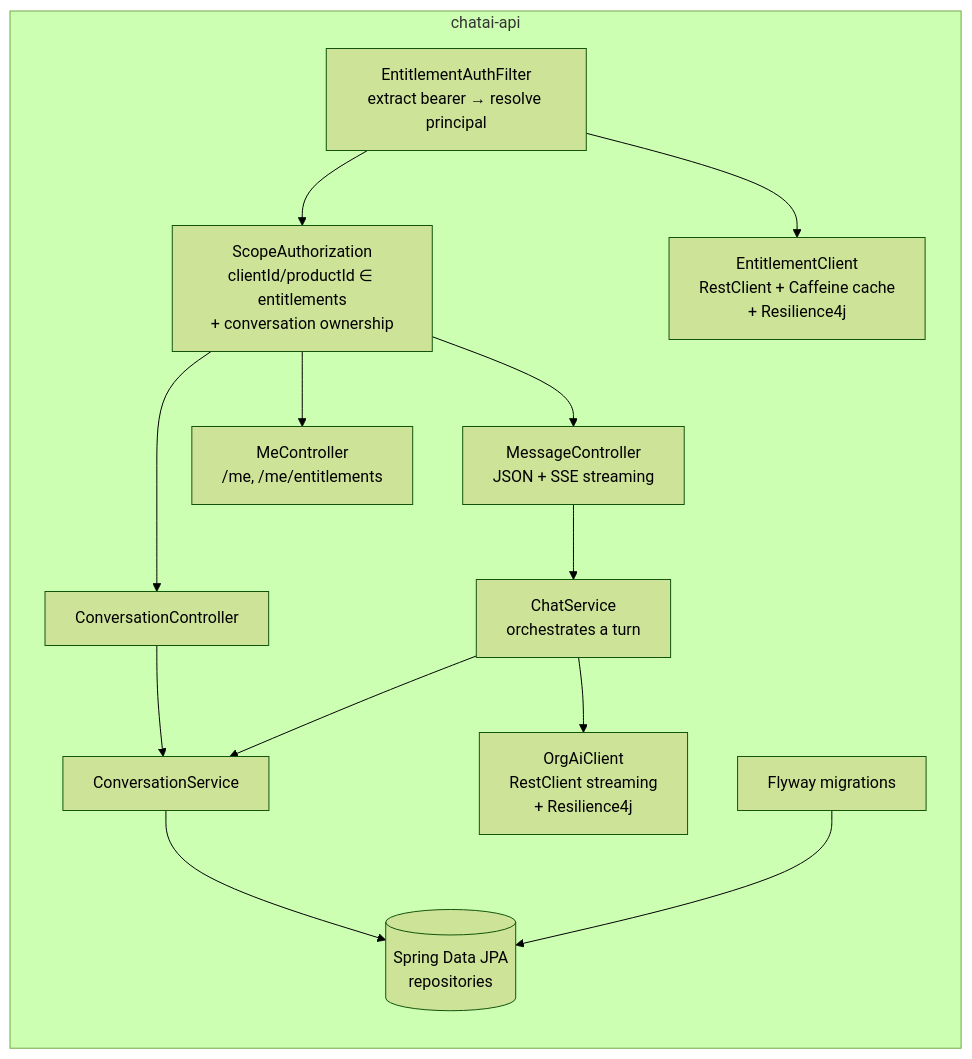
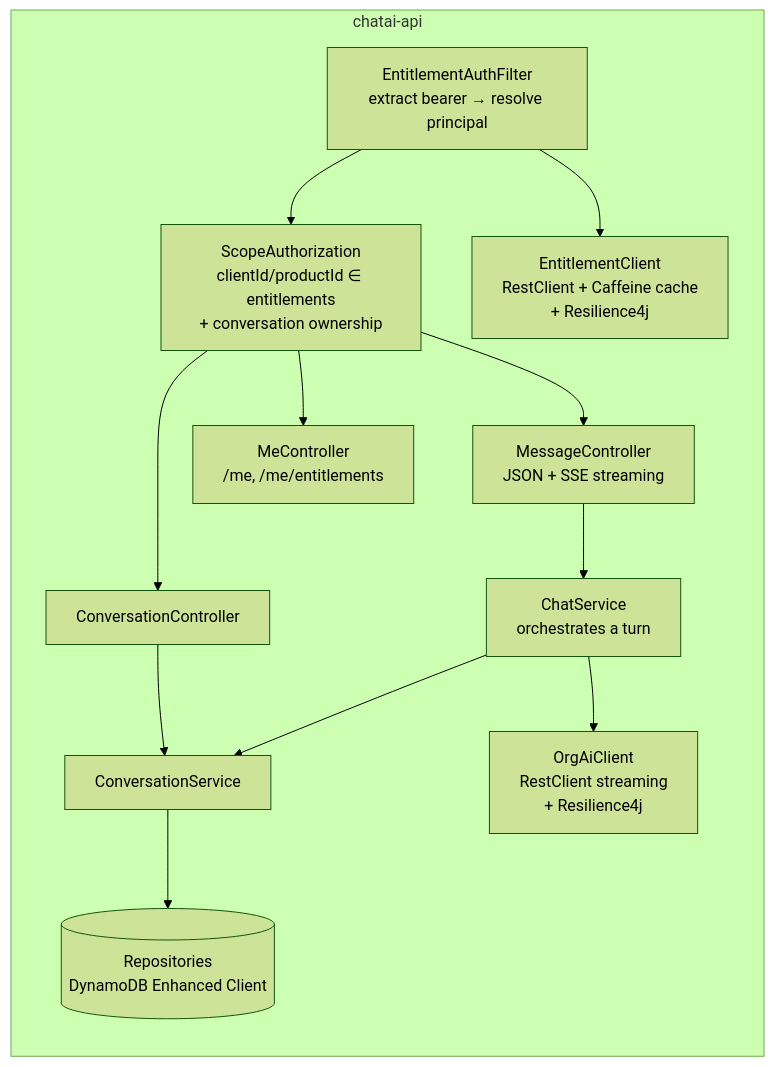
Before and after one commit to chaurasiagautam/chatAI: the second of 4 diagrams in docs/architecture.md, drawn with Mermaid (forest theme). The commit also changed other lines of this file, not shown here.

First line of the commit message:
Design: use DynamoDB for chat history and Caffeine for entitlement cache

````diff
--- a/docs/architecture.md
+++ b/docs/architecture.md
@@ -83,26 +84,24 @@
 ```mermaid
 flowchart TB
     subgraph chatai-api
         direction TB
         F1[EntitlementAuthFilter<br/>extract bearer → resolve principal]
         F2[ScopeAuthorization<br/>clientId/productId ∈ entitlements<br/>+ conversation ownership]
         C1[ConversationController]
         C2[MessageController<br/>JSON + SSE streaming]
         C3[MeController<br/>/me, /me/entitlements]
         S1[ConversationService]
         S2[ChatService<br/>orchestrates a turn]
         EC[EntitlementClient<br/>RestClient + Caffeine cache<br/>+ Resilience4j]
         OC[OrgAiClient<br/>RestClient streaming<br/>+ Resilience4j]
-        R[(Spring Data JPA<br/>repositories)]
-        FW[Flyway migrations]
+        R[(Repositories<br/>DynamoDB Enhanced Client)]
     end
 
     F1 --> F2 --> C1 & C2 & C3
     F1 --> EC
     C1 --> S1
     C2 --> S2
     S2 --> S1
     S2 --> OC
     S1 --> R
-    FW --> R
 ```
````
